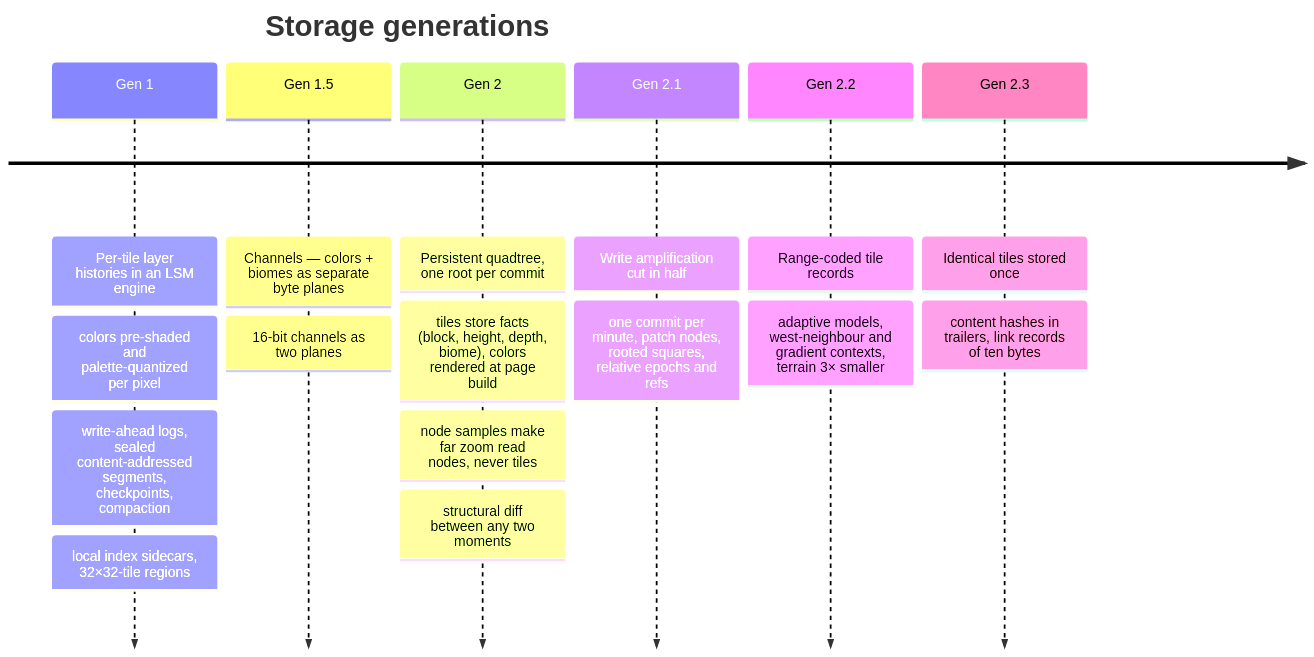
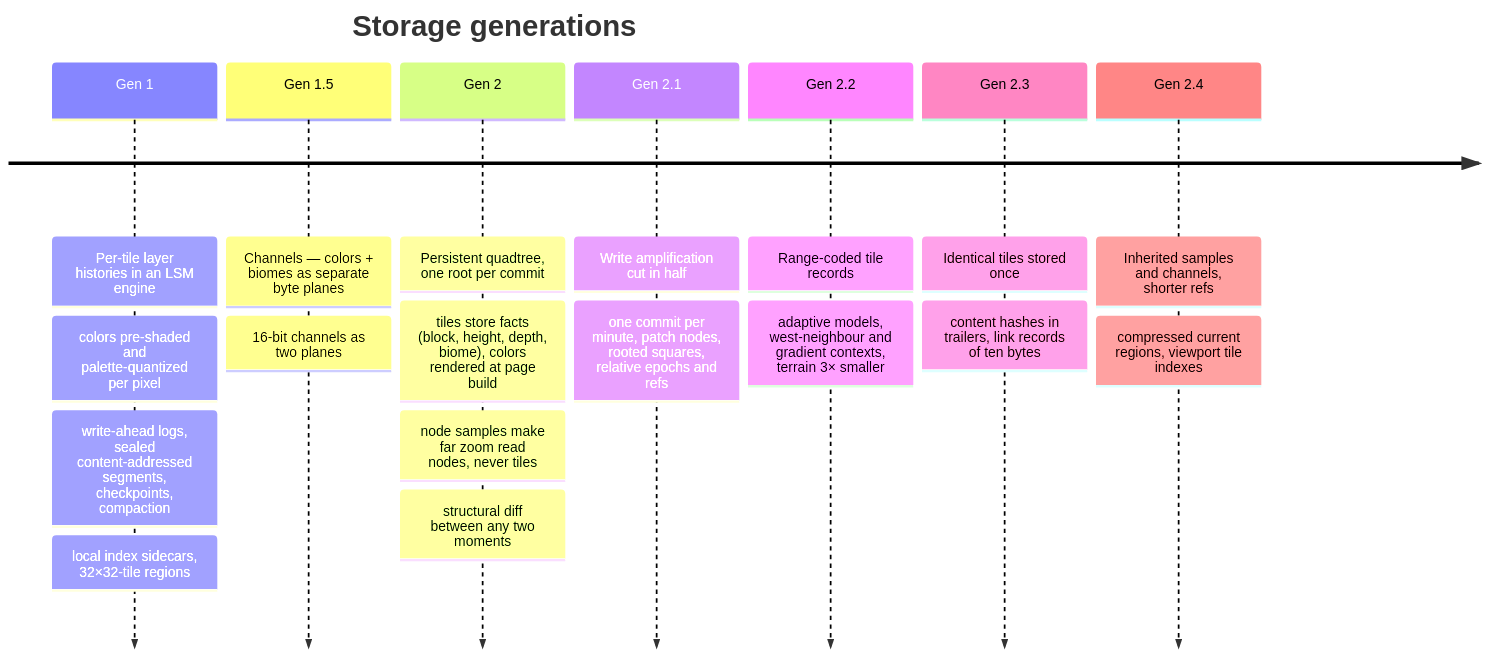
The first of 7 diagrams in mods/palimpsest/ARCHITECTURE.md (fopwoc/GTNH-KNH), drawn with Mermaid before and after one commit. The commit also changed other lines of this file and 3 other files, not shown here.

````diff
--- a/mods/palimpsest/ARCHITECTURE.md
+++ b/mods/palimpsest/ARCHITECTURE.md
@@ -13,20 +13,22 @@
 ```mermaid
 timeline
     title Storage generations
     Gen 1 : Per-tile layer histories in an LSM engine
           : colors pre-shaded and palette-quantized per pixel
           : write-ahead logs, sealed content-addressed segments, checkpoints, compaction
           : local index sidecars, 32×32-tile regions
     Gen 1.5 : Channels — colors + biomes as separate byte planes
             : 16-bit channels as two planes
     Gen 2 : Persistent quadtree, one root per commit
           : tiles store facts (block, height, depth, biome), colors rendered at page build
           : node samples make far zoom read nodes, never tiles
           : structural diff between any two moments
     Gen 2.1 : Write amplification cut in half
             : one commit per minute, patch nodes, rooted squares, relative epochs and refs
     Gen 2.2 : Range-coded tile records
             : adaptive models, west-neighbour and gradient contexts, terrain 3× smaller
     Gen 2.3 : Identical tiles stored once
             : content hashes in trailers, link records of ten bytes
+    Gen 2.4 : Inherited samples and channels, shorter refs
+            : compressed current regions, viewport tile indexes
 ```
````
